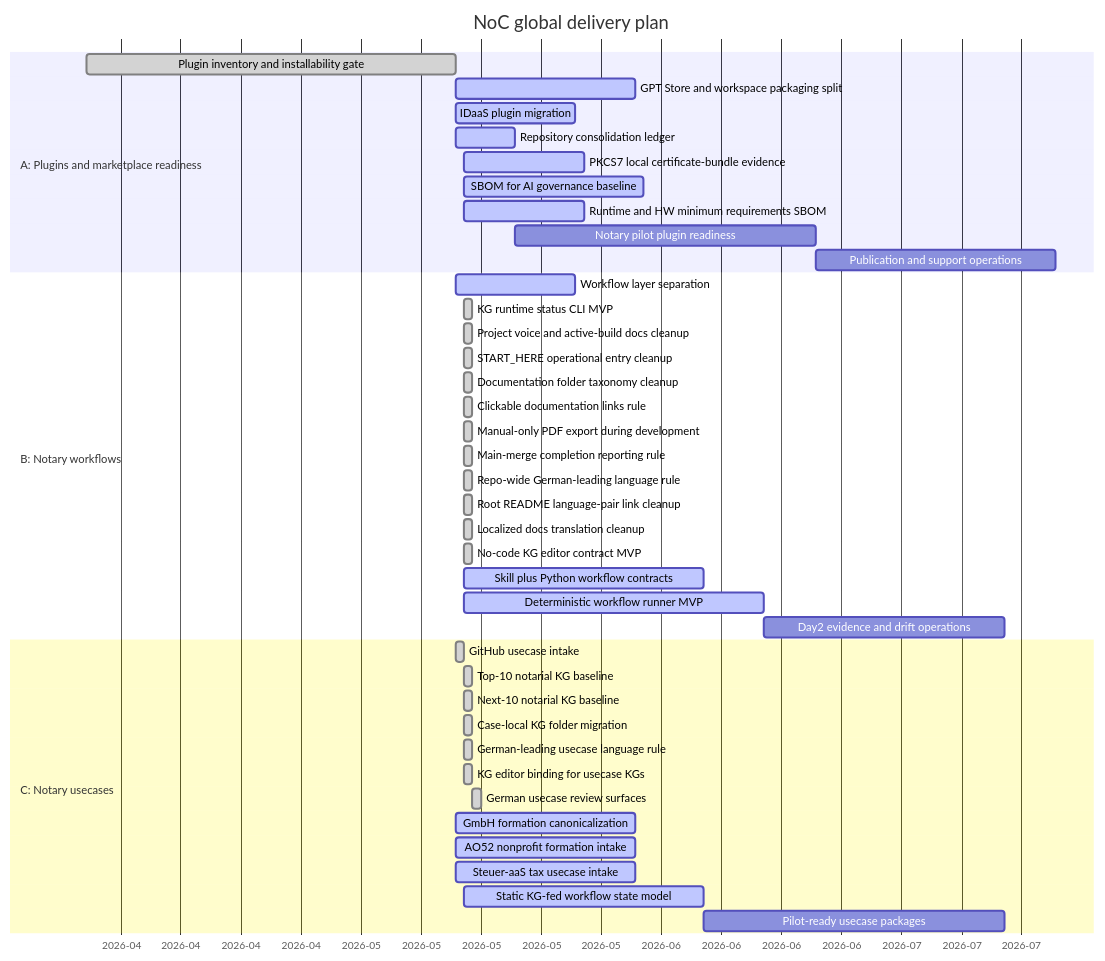
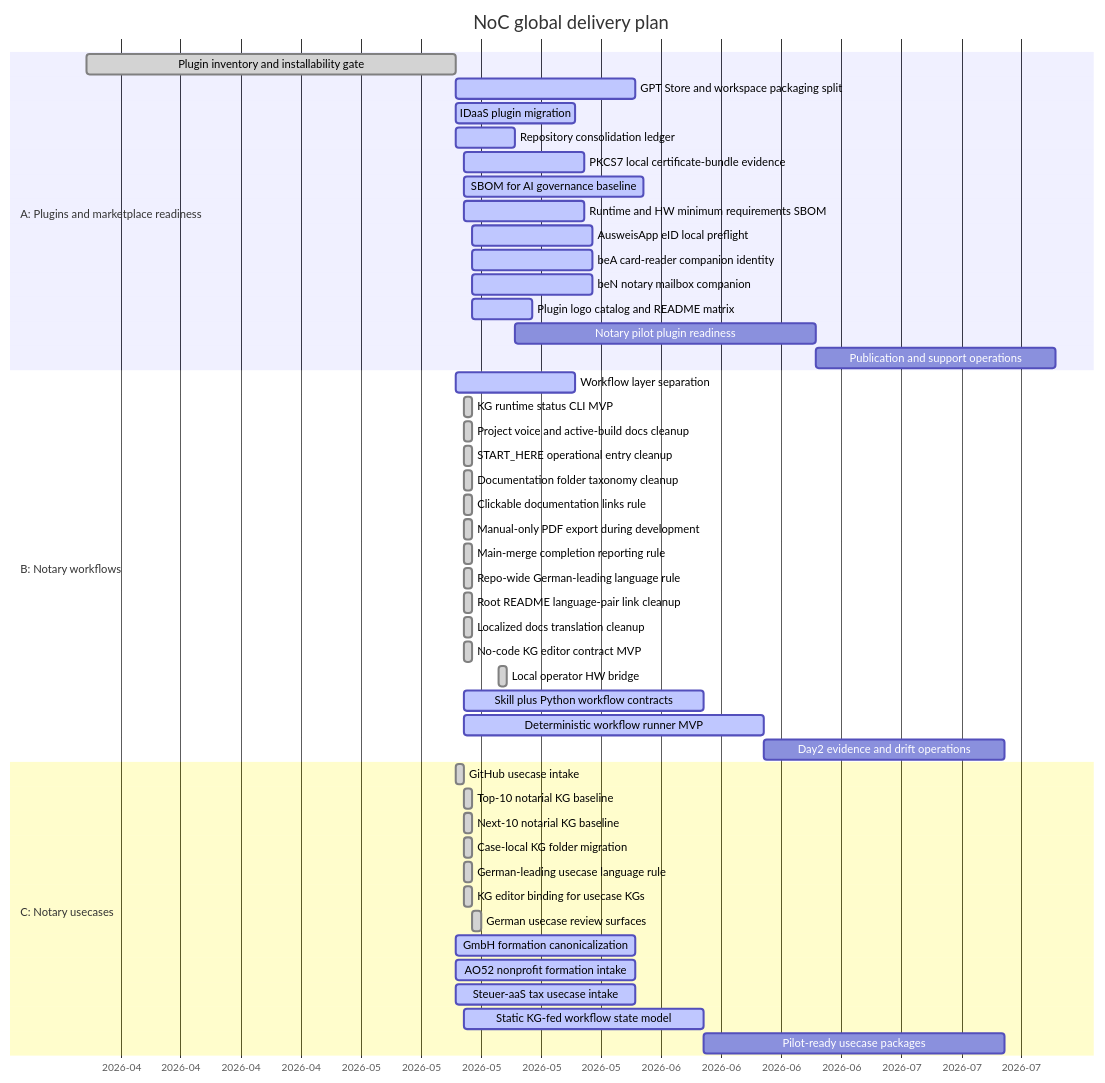
One commit to ofunk/NaC changed the diagram in roadmap/GANTT.md. Above: the diagram before and after it, drawn with Mermaid. The commit also changed other lines of this file and 82 other files, not shown here.

Commit message:
Add local operator bridge and plugin readiness updates

````diff
--- a/roadmap/GANTT.md
+++ b/roadmap/GANTT.md
@@ -12,48 +12,53 @@
 ```mermaid
 gantt
     title NoC global delivery plan
     dateFormat  YYYY-MM-DD
     axisFormat  %Y-%m
 
     section A: Plugins and marketplace readiness
     Plugin inventory and installability gate     :done,    a1, 2026-04-01, 2026-05-14
     GPT Store and workspace packaging split      :active,  a2, 2026-05-14, 21d
     IDaaS plugin migration                       :active,  a3, 2026-05-14, 14d
     Repository consolidation ledger              :active,  a4, 2026-05-14, 7d
     PKCS7 local certificate-bundle evidence      :active,  a4a, 2026-05-15, 14d
     SBOM for AI governance baseline              :active,  a4b, 2026-05-15, 21d
     Runtime and HW minimum requirements SBOM     :active,  a4c, 2026-05-15, 14d
+    AusweisApp eID local preflight               :active,  a4d, 2026-05-16, 14d
+    beA card-reader companion identity           :active,  a4e, 2026-05-16, 14d
+    beN notary mailbox companion                 :active,  a4f, 2026-05-16, 14d
+    Plugin logo catalog and README matrix        :active,  a4g, 2026-05-16, 7d
     Notary pilot plugin readiness                :         a5, after a4, 35d
     Publication and support operations           :         a6, after a5, 28d
 
     section B: Notary workflows
     Workflow layer separation                    :active,  b1, 2026-05-14, 14d
     KG runtime status CLI MVP                    :done,    b1a, 2026-05-15, 1d
     Project voice and active-build docs cleanup  :done,    b1b, 2026-05-15, 1d
     START_HERE operational entry cleanup         :done,    b1c, 2026-05-15, 1d
     Documentation folder taxonomy cleanup        :done,    b1d, 2026-05-15, 1d
     Clickable documentation links rule           :done,    b1e, 2026-05-15, 1d
     Manual-only PDF export during development    :done,    b1f, 2026-05-15, 1d
     Main-merge completion reporting rule         :done,    b1g, 2026-05-15, 1d
     Repo-wide German-leading language rule       :done,    b1h, 2026-05-15, 1d
     Root README language-pair link cleanup       :done,    b1i, 2026-05-15, 1d
     Localized docs translation cleanup           :done,    b1j, 2026-05-15, 1d
     No-code KG editor contract MVP              :done,    b1k, 2026-05-15, 1d
+    Local operator HW bridge                     :done,    b1l, 2026-05-19, 1d
     Skill plus Python workflow contracts         :active,  b2, 2026-05-15, 28d
     Deterministic workflow runner MVP            :active,  b3, 2026-05-15, 35d
     Day2 evidence and drift operations           :         b4, after b3, 28d
 
     section C: Notary usecases
     GitHub usecase intake                        :done,    c1, 2026-05-14, 1d
     Top-10 notarial KG baseline                  :done,    c2, 2026-05-15, 1d
     Next-10 notarial KG baseline                 :done,    c3, 2026-05-15, 1d
     Case-local KG folder migration               :done,    c3a, 2026-05-15, 1d
     German-leading usecase language rule         :done,    c3b, 2026-05-15, 1d
     KG editor binding for usecase KGs            :done,    c3c, 2026-05-15, 1d
     German usecase review surfaces               :done,    c3d, 2026-05-16, 1d
     GmbH formation canonicalization              :active,  c4, 2026-05-14, 21d
     AO52 nonprofit formation intake              :active,  c5, 2026-05-14, 21d
     Steuer-aaS tax usecase intake                :active,  c6, 2026-05-14, 21d
     Static KG-fed workflow state model           :active,  c7, 2026-05-15, 28d
     Pilot-ready usecase packages                 :         c8, after c7, 35d
 ```
````
